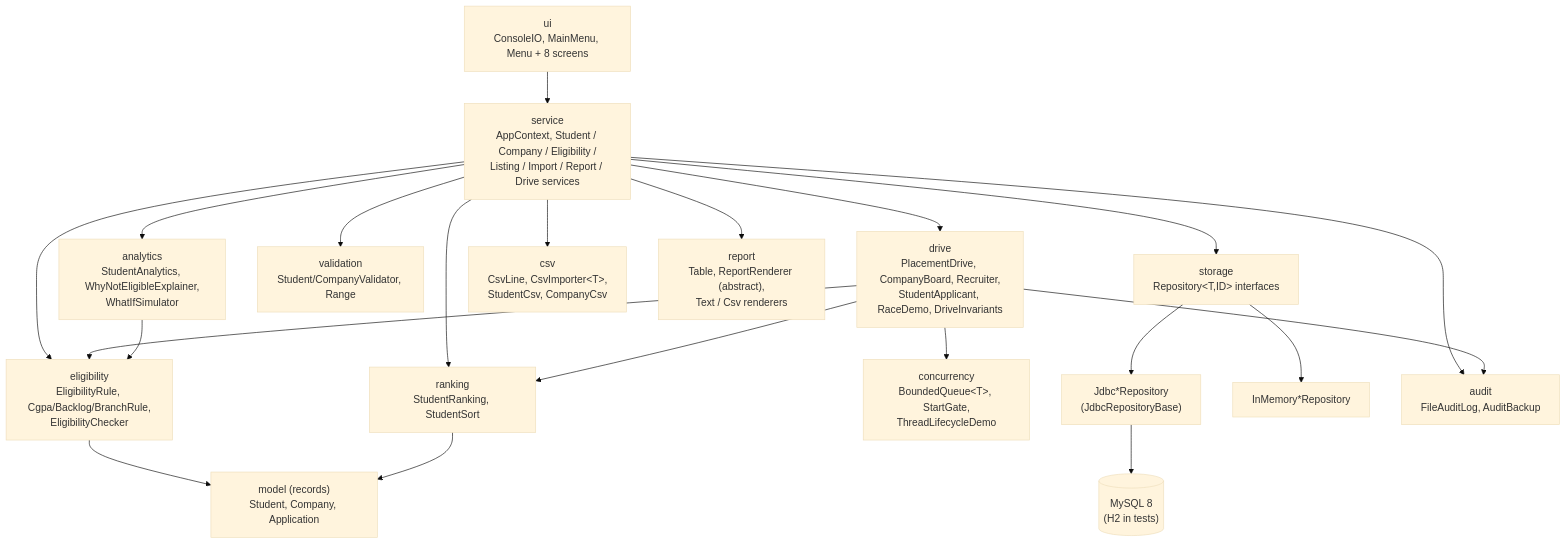
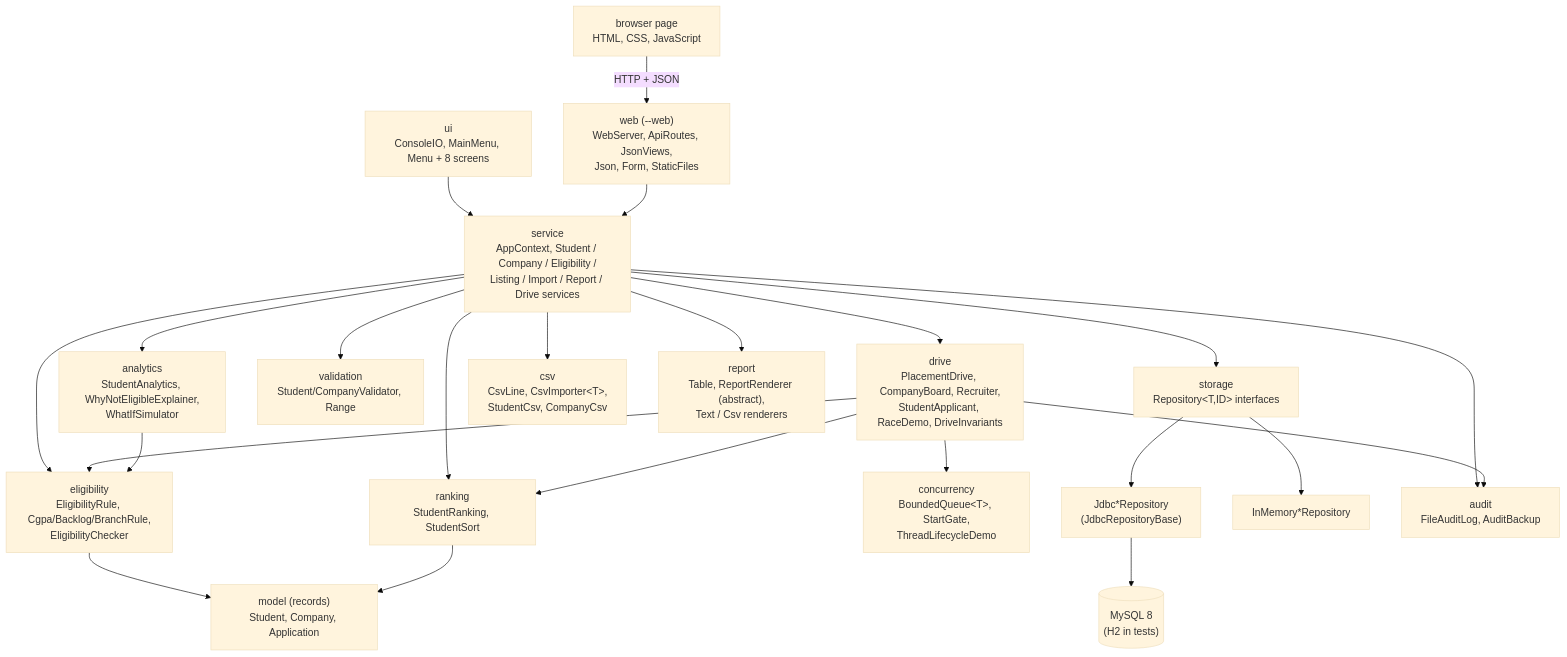
Before and after one commit to Sayan59das/PlaceWise: the first of 3 diagrams in docs/ARCHITECTURE.md, drawn with Mermaid (base theme). The commit also changed other lines of this file and 33 other files, not shown here.

First line of the commit message:
Add a browser version of PlaceWise (--web)

````diff
--- a/docs/ARCHITECTURE.md
+++ b/docs/ARCHITECTURE.md
@@ -8,40 +8,44 @@
 ```mermaid
 flowchart TD
     UI["ui<br/>ConsoleIO, MainMenu, Menu + 8 screens"]
+    WEB["web (--web)<br/>WebServer, ApiRoutes, JsonViews,<br/>Json, Form, StaticFiles"]
+    PAGE["browser page<br/>HTML, CSS, JavaScript"]
     SVC["service<br/>AppContext, Student / Company / Eligibility /<br/>Listing / Import / Report / Drive services"]
     ELIG["eligibility<br/>EligibilityRule, Cgpa/Backlog/BranchRule,<br/>EligibilityChecker"]
     RANK["ranking<br/>StudentRanking, StudentSort"]
     ANA["analytics<br/>StudentAnalytics, WhyNotEligibleExplainer,<br/>WhatIfSimulator"]
     DRIVE["drive<br/>PlacementDrive, CompanyBoard, Recruiter,<br/>StudentApplicant, RaceDemo, DriveInvariants"]
     CONC["concurrency<br/>BoundedQueue&lt;T&gt;, StartGate,<br/>ThreadLifecycleDemo"]
     VAL["validation<br/>Student/CompanyValidator, Range"]
     MODEL["model (records)<br/>Student, Company, Application"]
     REPO["storage<br/>Repository&lt;T,ID&gt; interfaces"]
     JDBC["Jdbc*Repository<br/>(JdbcRepositoryBase)"]
     MEM["InMemory*Repository"]
     DB[("MySQL 8<br/>(H2 in tests)")]
     IO["csv<br/>CsvLine, CsvImporter&lt;T&gt;,<br/>StudentCsv, CompanyCsv"]
     REP["report<br/>Table, ReportRenderer (abstract),<br/>Text / Csv renderers"]
     AUD["audit<br/>FileAuditLog, AuditBackup"]
 
     UI --> SVC
+    PAGE -->|"HTTP + JSON"| WEB
+    WEB --> SVC
     SVC --> VAL
     SVC --> ELIG
     SVC --> RANK
     SVC --> ANA
     SVC --> DRIVE
     SVC --> IO
     SVC --> REP
     SVC --> REPO
     DRIVE --> CONC
     DRIVE --> ELIG
     DRIVE --> RANK
     ANA --> ELIG
     ELIG --> MODEL
     RANK --> MODEL
     REPO --> JDBC
     REPO --> MEM
     JDBC --> DB
     SVC --> AUD
     DRIVE --> AUD
 ```
````
